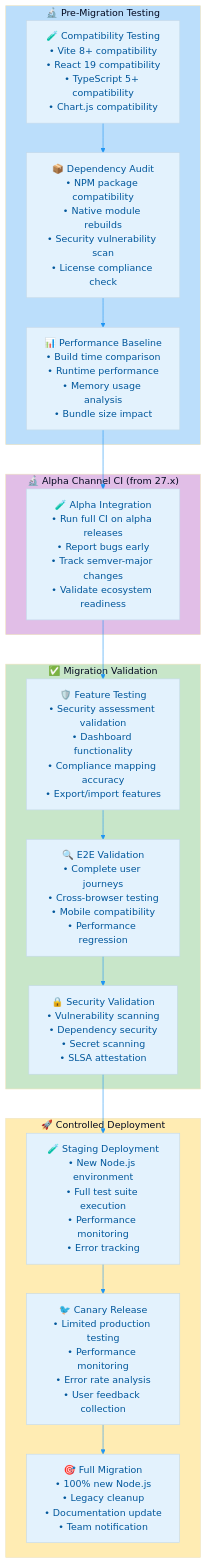
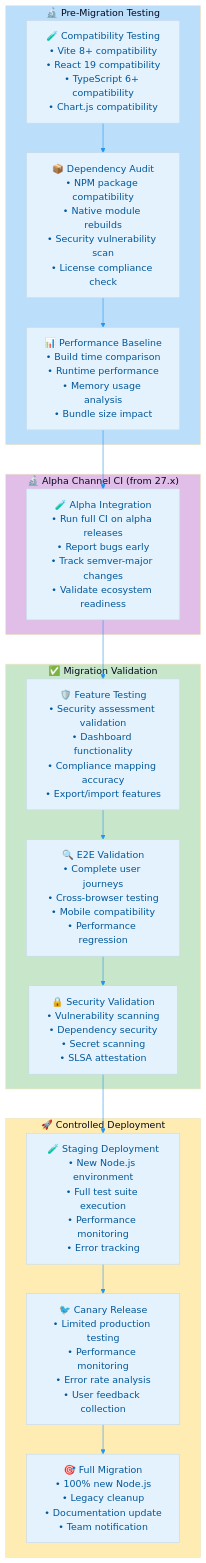
Before and after one commit to step-security-bot/cia-compliance-manager: the third of 9 diagrams in docs/End-of-Life-Strategy.md, drawn with Mermaid. The commit also changed other lines of this file and 22 other files, not shown here.

First line of the commit message:
chore: upgrade TypeScript 5.9.3 → 6.0.2, remove madge, apply TS6 breaking change fixes (#1068)

````diff
--- a/docs/End-of-Life-Strategy.md
+++ b/docs/End-of-Life-Strategy.md
@@ -232,51 +232,51 @@
 ```mermaid
 %%{
   init: {
     'theme': 'base',
     'themeVariables': {
       'primaryColor': '#e3f2fd',
       'primaryTextColor': '#01579b',
       'lineColor': '#2196f3',
       'secondaryColor': '#f1f8e9',
       'tertiaryColor': '#fff8e1'
     }
   }
 }%%
 flowchart TB
     subgraph PREPARATION["🔬 Pre-Migration Testing"]
-        COMPAT_TEST["🧪 Compatibility Testing<br/>• Vite 8+ compatibility<br/>• React 19 compatibility<br/>• TypeScript 5+ compatibility<br/>• Chart.js compatibility"]
+        COMPAT_TEST["🧪 Compatibility Testing<br/>• Vite 8+ compatibility<br/>• React 19 compatibility<br/>• TypeScript 6+ compatibility<br/>• Chart.js compatibility"]
         DEP_AUDIT["📦 Dependency Audit<br/>• NPM package compatibility<br/>• Native module rebuilds<br/>• Security vulnerability scan<br/>• License compliance check"]
         PERF_BASELINE["📊 Performance Baseline<br/>• Build time comparison<br/>• Runtime performance<br/>• Memory usage analysis<br/>• Bundle size impact"]
     end
 
     subgraph ALPHA_CI["🔬 Alpha Channel CI (from 27.x)"]
         ALPHA_TEST["🧪 Alpha Integration<br/>• Run full CI on alpha releases<br/>• Report bugs early<br/>• Track semver-major changes<br/>• Validate ecosystem readiness"]
     end
 
     subgraph VALIDATION["✅ Migration Validation"]
         FEATURE_TEST["🛡️ Feature Testing<br/>• Security assessment validation<br/>• Dashboard functionality<br/>• Compliance mapping accuracy<br/>• Export/import features"]
         E2E_VALIDATION["🔍 E2E Validation<br/>• Complete user journeys<br/>• Cross-browser testing<br/>• Mobile compatibility<br/>• Performance regression"]
         SECURITY_SCAN["🔒 Security Validation<br/>• Vulnerability scanning<br/>• Dependency security<br/>• Secret scanning<br/>• SLSA attestation"]
     end
 
     subgraph DEPLOYMENT["🚀 Controlled Deployment"]
         STAGING_DEPLOY["🧪 Staging Deployment<br/>• New Node.js environment<br/>• Full test suite execution<br/>• Performance monitoring<br/>• Error tracking"]
         CANARY_RELEASE["🐦 Canary Release<br/>• Limited production testing<br/>• Performance monitoring<br/>• Error rate analysis<br/>• User feedback collection"]
         FULL_MIGRATION["🎯 Full Migration<br/>• 100% new Node.js<br/>• Legacy cleanup<br/>• Documentation update<br/>• Team notification"]
     end
 
     COMPAT_TEST --> DEP_AUDIT
     DEP_AUDIT --> PERF_BASELINE
     PERF_BASELINE --> ALPHA_TEST
     ALPHA_TEST --> FEATURE_TEST
     FEATURE_TEST --> E2E_VALIDATION
     E2E_VALIDATION --> SECURITY_SCAN
     SECURITY_SCAN --> STAGING_DEPLOY
     STAGING_DEPLOY --> CANARY_RELEASE
     CANARY_RELEASE --> FULL_MIGRATION
 
     style PREPARATION fill:#bbdefb
     style ALPHA_CI fill:#e1bee7
     style VALIDATION fill:#c8e6c9
     style DEPLOYMENT fill:#ffecb3
 ```
````
